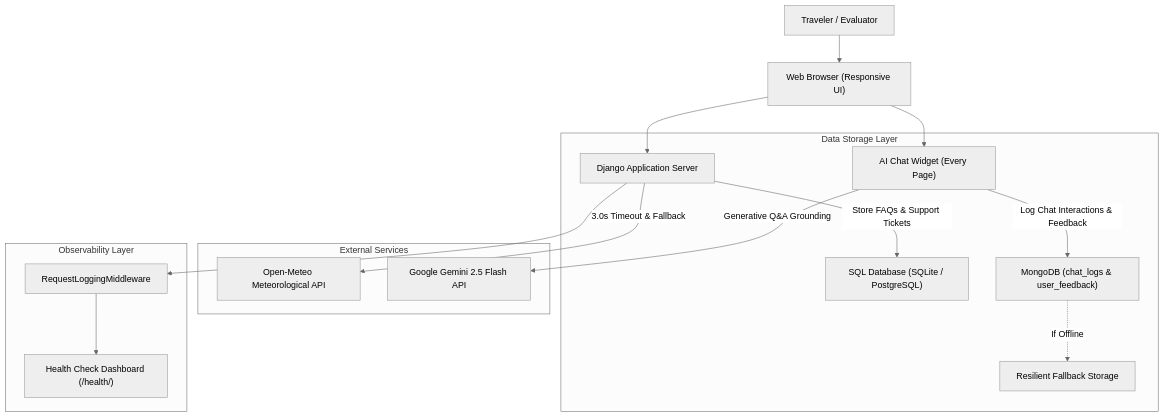
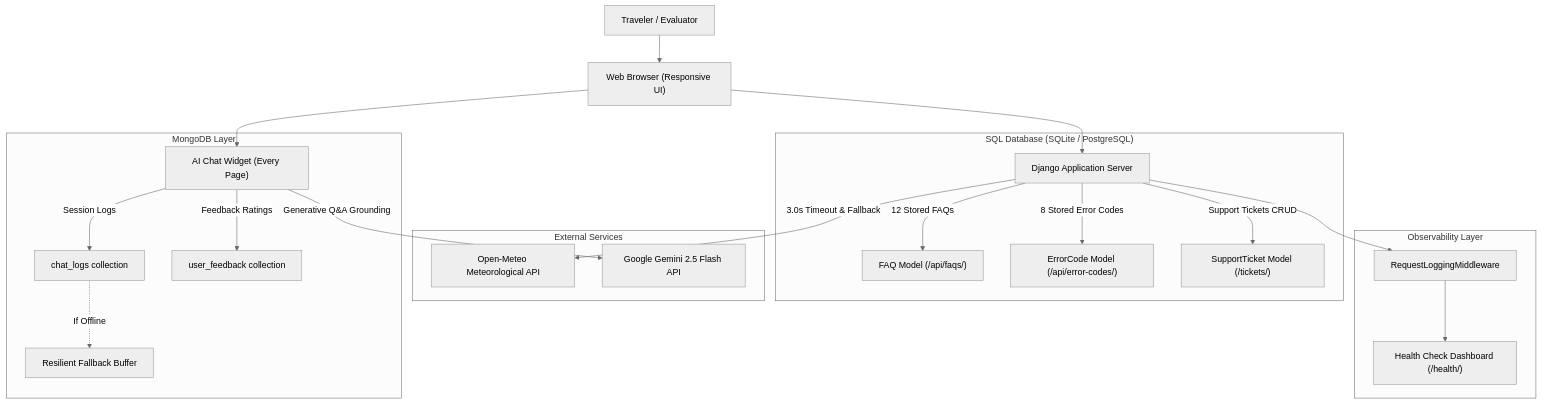
One commit to akshayam1207-oss/WanderWise-AI changed the diagram in README.md. Above: the diagram before and after it, drawn with Mermaid (neutral theme). The commit also changed other lines of this file and 20 other files, not shown here.

Commit message:
Add ErrorCode SQL model, FAQ/ErrorCode REST APIs, ticket CRUD portal, and update README rubric matrix

````diff
--- a/README.md
+++ b/README.md
@@ -41,22 +41,28 @@
 ```mermaid
 flowchart TD
     User["Traveler / Evaluator"] --> Browser["Web Browser (Responsive UI)"]
     Browser --> Widget["AI Chat Widget (Every Page)"]
     Browser --> DjangoServer["Django Application Server"]
     
-    subgraph Storage ["Data Storage Layer"]
-        DjangoServer -->|Store FAQs & Support Tickets| SQLDB["SQL Database (SQLite / PostgreSQL)"]
-        Widget -->|Log Chat Interactions & Feedback| MongoDB["MongoDB (chat_logs & user_feedback)"]
-        MongoDB -.->|If Offline| LocalLog["Resilient Fallback Storage"]
+    subgraph Storage ["SQL Database (SQLite / PostgreSQL)"]
+        DjangoServer -->|12 Stored FAQs| FAQModel["FAQ Model (/api/faqs/)"]
+        DjangoServer -->|8 Stored Error Codes| ErrModel["ErrorCode Model (/api/error-codes/)"]
+        DjangoServer -->|Support Tickets CRUD| TicketModel["SupportTicket Model (/tickets/)"]
+    end
+
+    subgraph Mongo ["MongoDB Layer"]
+        Widget -->|Session Logs| ChatColl["chat_logs collection"]
+        Widget -->|Feedback Ratings| FeedbackColl["user_feedback collection"]
+        ChatColl -.->|If Offline| LocalLog["Resilient Fallback Buffer"]
     end
 
     subgraph External ["External Services"]
         DjangoServer -->|3.0s Timeout & Fallback| WeatherAPI["Open-Meteo Meteorological API"]
         Widget -->|Generative Q&A Grounding| GeminiAI["Google Gemini 2.5 Flash API"]
     end
 
     subgraph Observability ["Observability Layer"]
         DjangoServer --> Middleware["RequestLoggingMiddleware"]
         Middleware --> HealthPage["Health Check Dashboard (/health/)"]
     end
 ```
````
